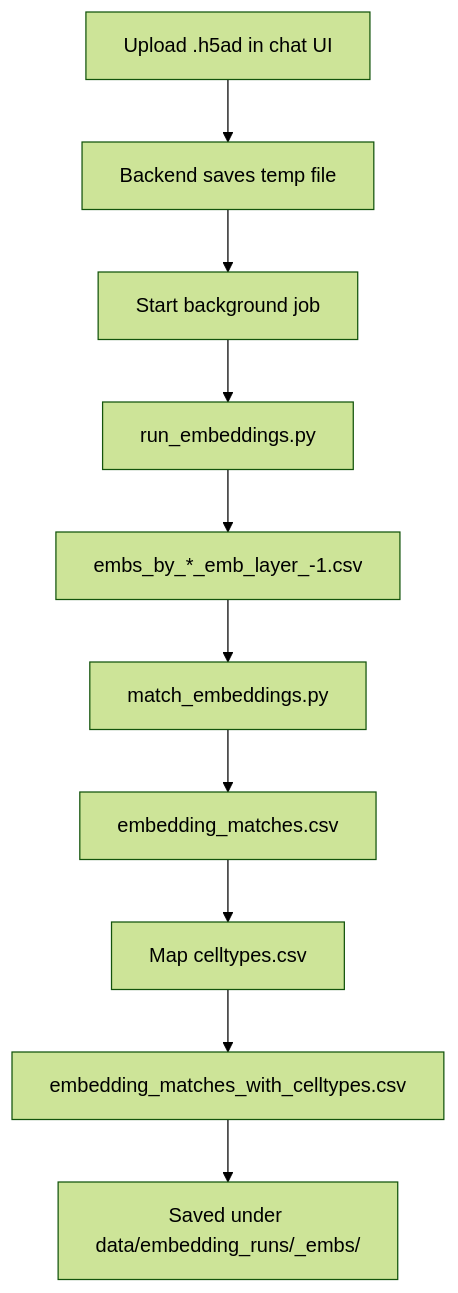
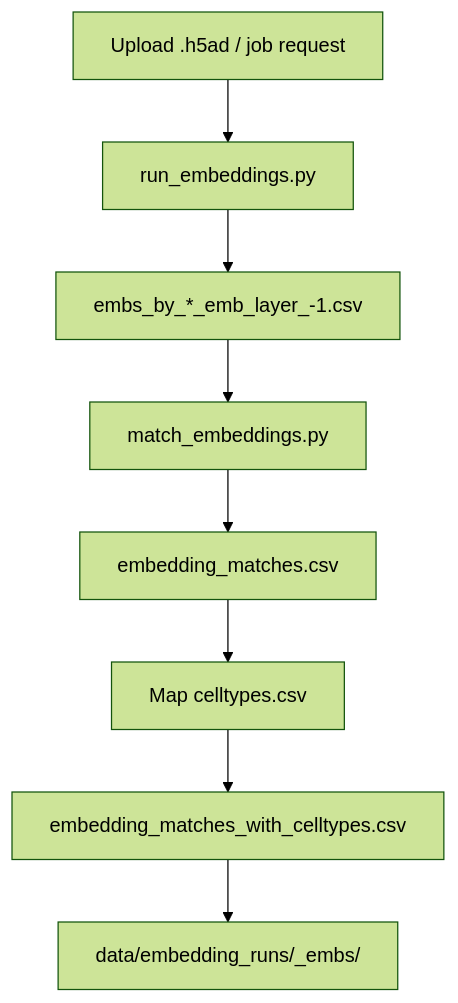
The first of 2 diagrams in README.md (jasper-chen01/BT-cap), drawn with Mermaid (forest theme) before and after one commit. The commit also changed other lines of this file and 101 other files, not shown here.

````diff
--- a/README.md
+++ b/README.md
@@ -92,12 +167,10 @@
 ```mermaid
 flowchart TD
-  A[Upload .h5ad in chat UI] --> B[Backend saves temp file]
-  B --> C[Start background job]
-  C --> D[run_embeddings.py]
-  D --> E[embs_by_*_emb_layer_-1.csv]
-  E --> F[match_embeddings.py]
-  F --> G[embedding_matches.csv]
-  G --> H[Map celltypes.csv]
-  H --> I[embedding_matches_with_celltypes.csv]
-  I --> J[Saved under data/embedding_runs/<h5ad_stem>_embs/]
+  A[Upload .h5ad / job request] --> B[run_embeddings.py]
+  B --> C[embs_by_*_emb_layer_-1.csv]
+  C --> D[match_embeddings.py]
+  D --> E[embedding_matches.csv]
+  E --> F[Map celltypes.csv]
+  F --> G[embedding_matches_with_celltypes.csv]
+  G --> H[data/embedding_runs/<h5ad_stem>_embs/]
 ```
````
